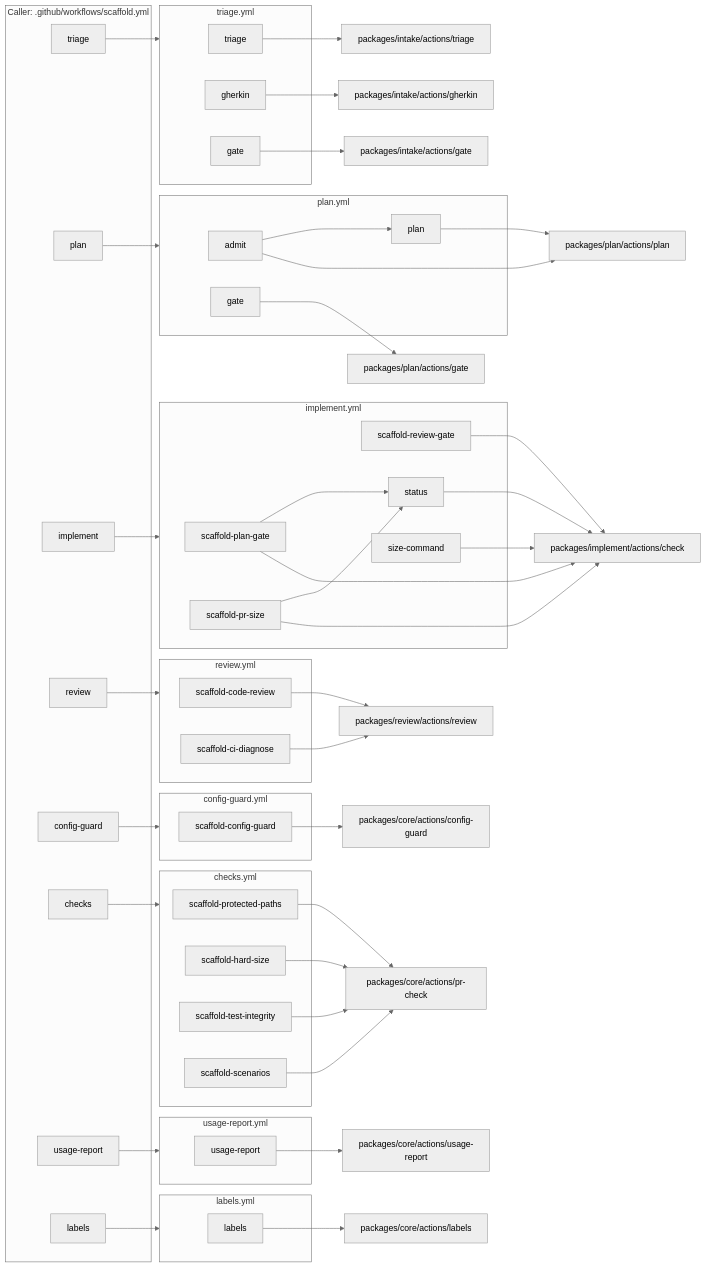
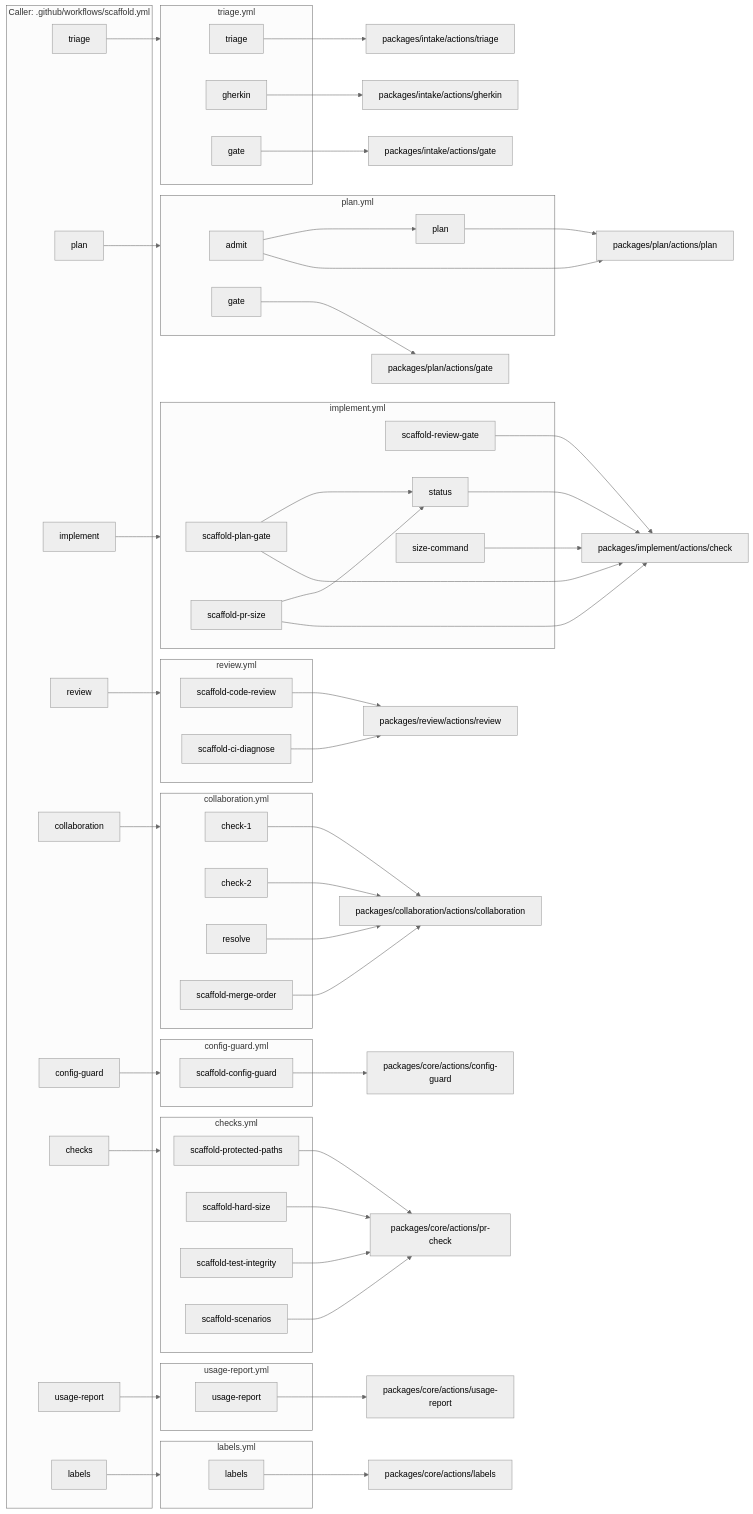
One commit to JackWP1/scaffold changed the second of 2 diagrams in docs/diagrams/architecture.md. Above: the diagram before and after it, drawn with Mermaid (neutral theme). The commit also changed 23 other files, not shown here.

First line of the commit message:
Slice 5: collaboration package: conflict-check, conflict flags, merge order

```diff
--- a/docs/diagrams/architecture.md
+++ b/docs/diagrams/architecture.md
@@ -92,6 +92,7 @@
     c_plan["plan"]
     c_implement["implement"]
     c_review["review"]
+    c_collaboration["collaboration"]
     c_config_guard["config-guard"]
     c_checks["checks"]
     c_usage_report["usage-report"]
@@ -102,6 +103,12 @@
     w_checks_yml_scaffold_hard_size["scaffold-hard-size"]
     w_checks_yml_scaffold_test_integrity["scaffold-test-integrity"]
     w_checks_yml_scaffold_scenarios["scaffold-scenarios"]
+  end
+  subgraph w_collaboration_yml["collaboration.yml"]
+    w_collaboration_yml_check_1["check-1"]
+    w_collaboration_yml_check_2["check-2"]
+    w_collaboration_yml_resolve["resolve"]
+    w_collaboration_yml_scaffold_merge_order["scaffold-merge-order"]
   end
   subgraph w_config_guard_yml["config-guard.yml"]
     w_config_guard_yml_scaffold_config_guard["scaffold-config-guard"]
@@ -140,6 +147,7 @@
   c_plan --> w_plan_yml
   c_implement --> w_implement_yml
   c_review --> w_review_yml
+  c_collaboration --> w_collaboration_yml
   c_config_guard --> w_config_guard_yml
   c_checks --> w_checks_yml
   c_usage_report --> w_usage_report_yml
@@ -148,6 +156,10 @@
   w_checks_yml_scaffold_hard_size --> a_packages_core_actions_pr_check["packages/core/actions/pr-check"]
   w_checks_yml_scaffold_test_integrity --> a_packages_core_actions_pr_check["packages/core/actions/pr-check"]
   w_checks_yml_scaffold_scenarios --> a_packages_core_actions_pr_check["packages/core/actions/pr-check"]
+  w_collaboration_yml_check_1 --> a_packages_collaboration_actions_collaboration["packages/collaboration/actions/collaboration"]
+  w_collaboration_yml_check_2 --> a_packages_collaboration_actions_collaboration["packages/collaboration/actions/collaboration"]
+  w_collaboration_yml_resolve --> a_packages_collaboration_actions_collaboration["packages/collaboration/actions/collaboration"]
+  w_collaboration_yml_scaffold_merge_order --> a_packages_collaboration_actions_collaboration["packages/collaboration/actions/collaboration"]
   w_config_guard_yml_scaffold_config_guard --> a_packages_core_actions_config_guard["packages/core/actions/config-guard"]
   w_implement_yml_scaffold_plan_gate --> a_packages_implement_actions_check["packages/implement/actions/check"]
   w_implement_yml_scaffold_pr_size --> a_packages_implement_actions_check["packages/implement/actions/check"]
```
